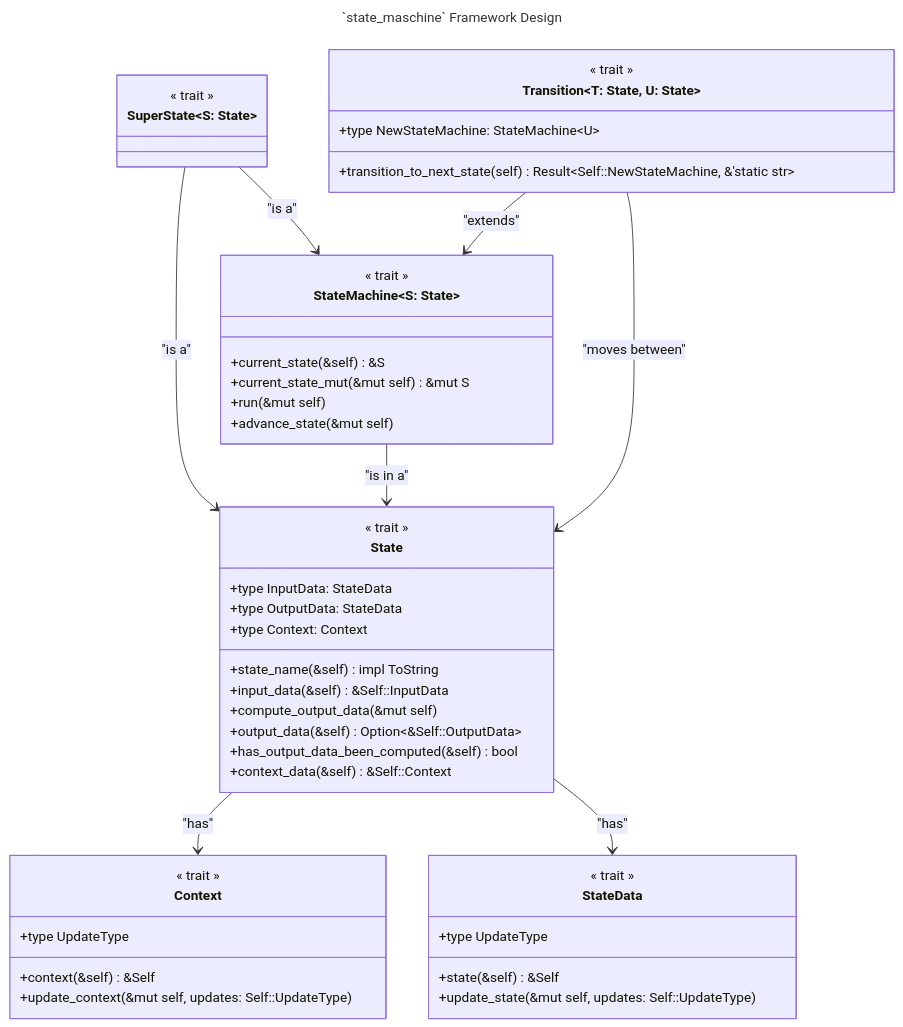
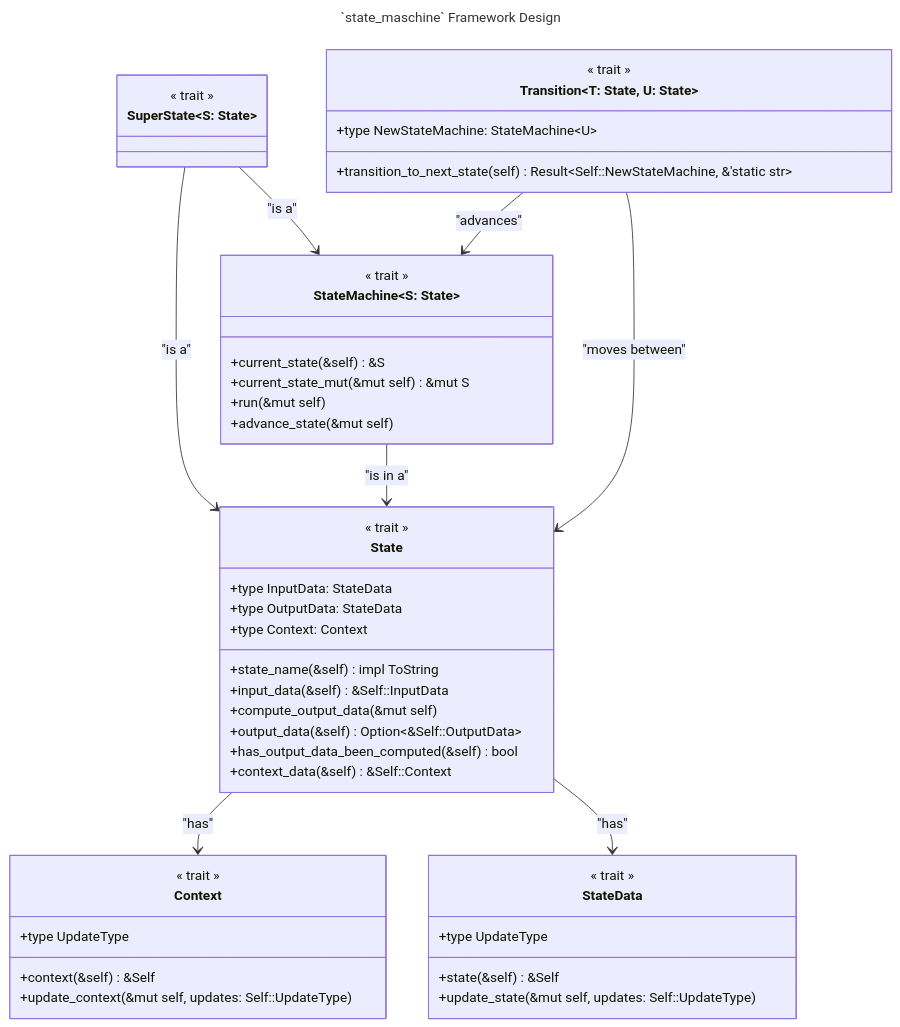
The diagram in state_machine/design/uml_class_diagram/state_machine_framework_design.md (ironcapitaleu/arkad), drawn with Mermaid before and after one commit.

Commit message:
doc: use right term for `state_machine` transition

```diff
--- a/state_machine/design/uml_class_diagram/state_machine_framework_design.md
+++ b/state_machine/design/uml_class_diagram/state_machine_framework_design.md
@@ -86,7 +86,7 @@
     StateMachine --> State : "is in a"
 
     %% A `Transition` is implemented on the `StateMachine` and moves it between `State`s
-    Transition --> StateMachine : "extends"
+    Transition --> StateMachine : "advances"
     Transition --> State : "moves between"
 
     %% A `State` stores internal `StateData` and has access to `Context`
```
